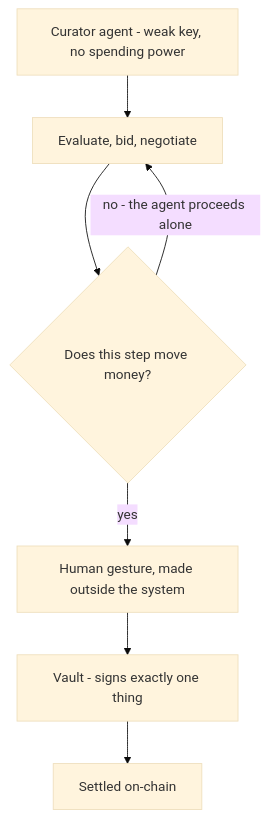
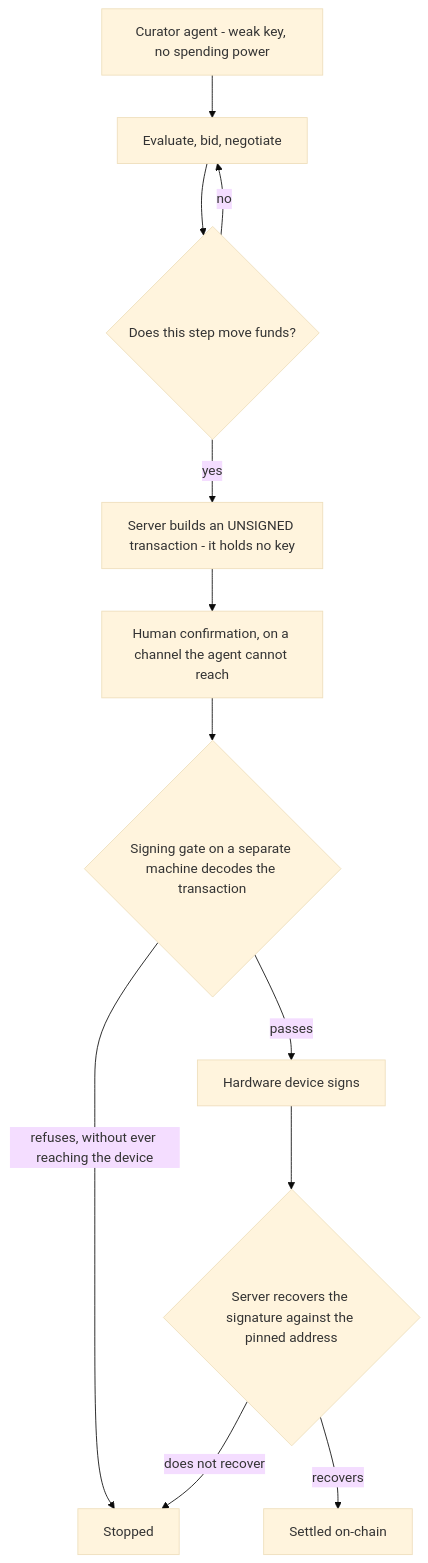
One commit to avp9-nexus/avp9-nexus changed the diagram in README.md. Above: the diagram before and after it, drawn with Mermaid (base theme). The commit also changed other lines of this file, not shown here.

Commit message:
Revise decision flow for curator agent and fund movement

````diff
--- a/README.md
+++ b/README.md
@@ -28,9 +31,14 @@
 ```mermaid
 flowchart TD
   A["Curator agent - weak key, no spending power"] --> B["Evaluate, bid, negotiate"]
-  B --> C{"Does this step move money?"}
-  C -->|"no - the agent proceeds alone"| B
-  C -->|yes| D["Human gesture, made outside the system"]
-  D --> E["Vault - signs exactly one thing"]
-  E --> F["Settled on-chain"]
+  B --> C{"Does this step move funds?"}
+  C -->|"no"| B
+  C -->|"yes"| D["Server builds an UNSIGNED transaction - it holds no key"]
+  D --> E["Human confirmation, on a channel the agent cannot reach"]
+  E --> F{"Signing gate on a separate machine decodes the transaction"}
+  F -->|"refuses, without ever reaching the device"| S["Stopped"]
+  F -->|"passes"| G["Hardware device signs"]
+  G --> H{"Server recovers the signature against the pinned address"}
+  H -->|"does not recover"| S
+  H -->|"recovers"| Z["Settled on-chain"]
 ```
````
